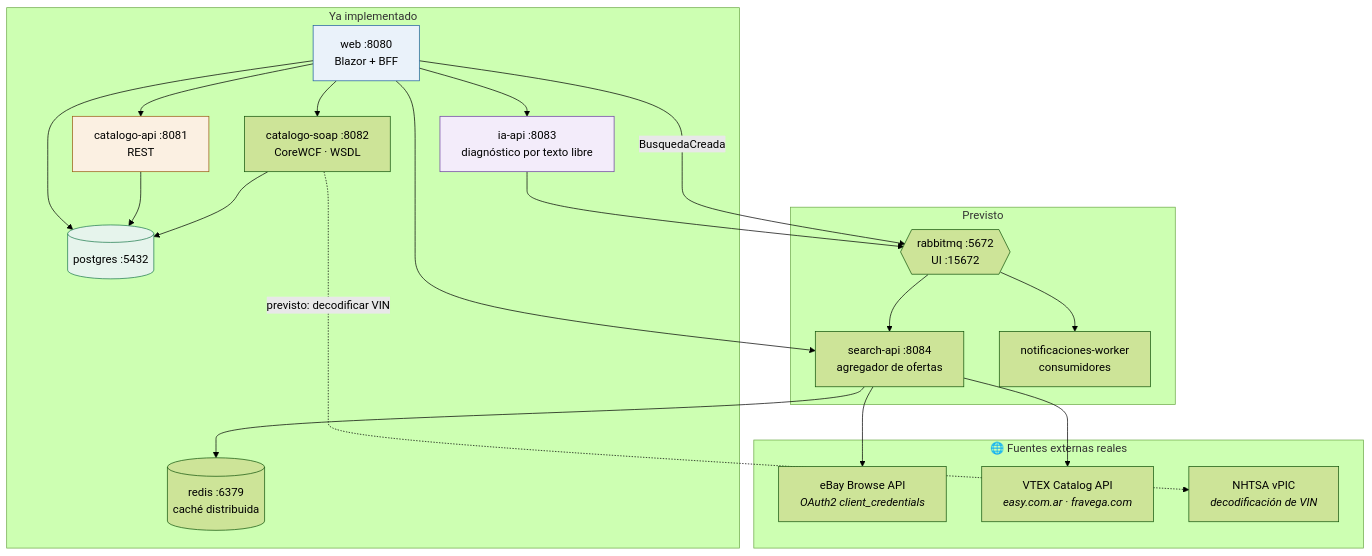
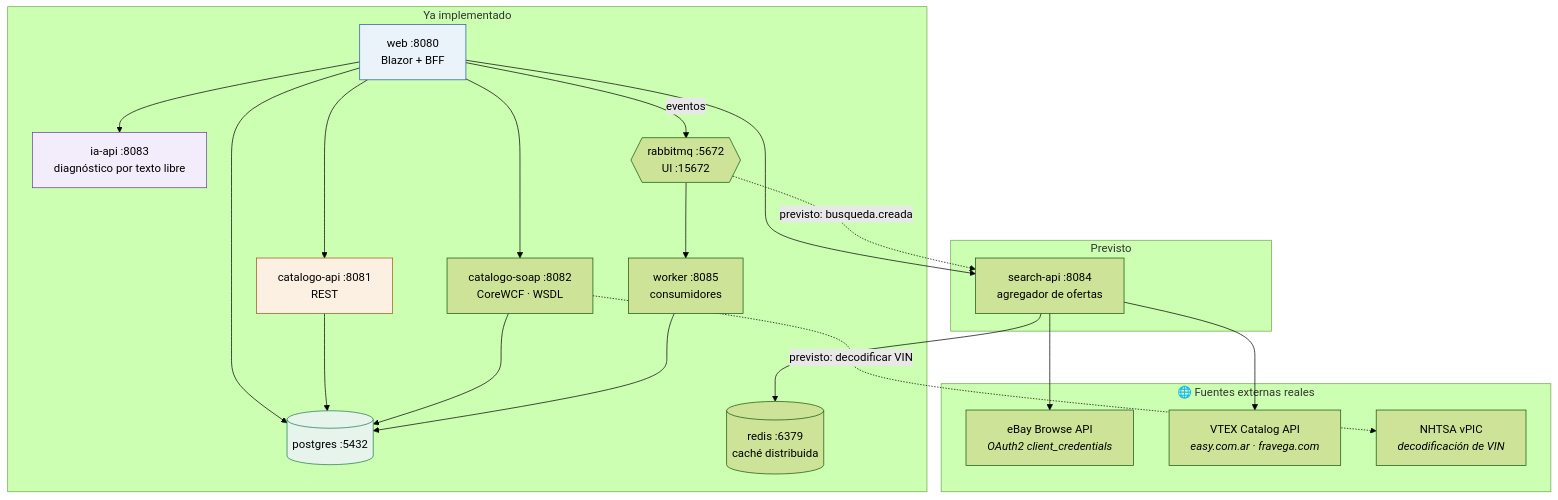
One commit to lfb-00/tp-apps-2 changed the second of 2 diagrams in docs/diagramas/despliegue.md. Above: the diagram before and after it, drawn with Mermaid (forest theme). The commit also changed other lines of this file and 59 other files, not shown here.

````diff
--- a/docs/diagramas/despliegue.md
+++ b/docs/diagramas/despliegue.md
@@ -126,44 +144,44 @@
 ```mermaid
 flowchart TB
     subgraph implementado["Ya implementado"]
         W["web :8080<br/>Blazor + BFF"]
         A["catalogo-api :8081<br/>REST"]
         IA["ia-api :8083<br/>diagnóstico por texto libre"]
         SOAP["catalogo-soap :8082<br/>CoreWCF · WSDL"]
         P[("postgres :5432")]
         R[("redis :6379<br/>caché distribuida")]
+        MQ{{"rabbitmq :5672<br/>UI :15672"}}
+        WK["worker :8085<br/>consumidores"]
     end
 
     subgraph previsto["Previsto"]
         S["search-api :8084<br/>agregador de ofertas"]
-        WK["notificaciones-worker<br/>consumidores"]
-        MQ{{"rabbitmq :5672<br/>UI :15672"}}
     end
 
     subgraph externo["🌐 Fuentes externas reales"]
         EB["eBay Browse API<br/><i>OAuth2 client_credentials</i>"]
         VT["VTEX Catalog API<br/><i>easy.com.ar · fravega.com</i>"]
         VP["NHTSA vPIC<br/><i>decodificación de VIN</i>"]
     end
 
     W --> A
     W --> S
     W --> IA
     W --> SOAP
     W --> P
     A --> P
     S --> R
     S --> EB
     S --> VT
     SOAP --> P
     SOAP -. "previsto: decodificar VIN" .-> VP
-    IA --> MQ
-    W -- "BusquedaCreada" --> MQ
+    W -- "eventos" --> MQ
     MQ --> WK
-    MQ --> S
+    WK --> P
+    MQ -. "previsto: busqueda.creada" .-> S
 
     style W fill:#eaf2fa,stroke:#1f5f9e
     style A fill:#fbf0e2,stroke:#9a5b13
     style IA fill:#f3ecfa,stroke:#6b3fa0
     style P fill:#e6f4ec,stroke:#1f7a4d
 ```
````
